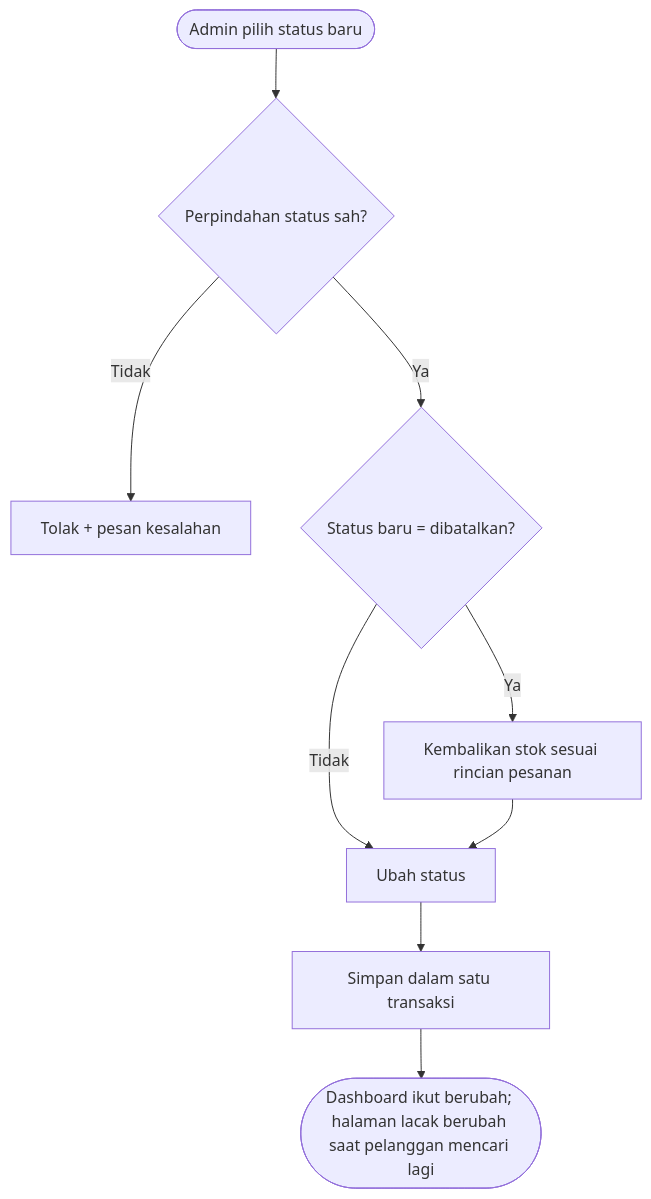
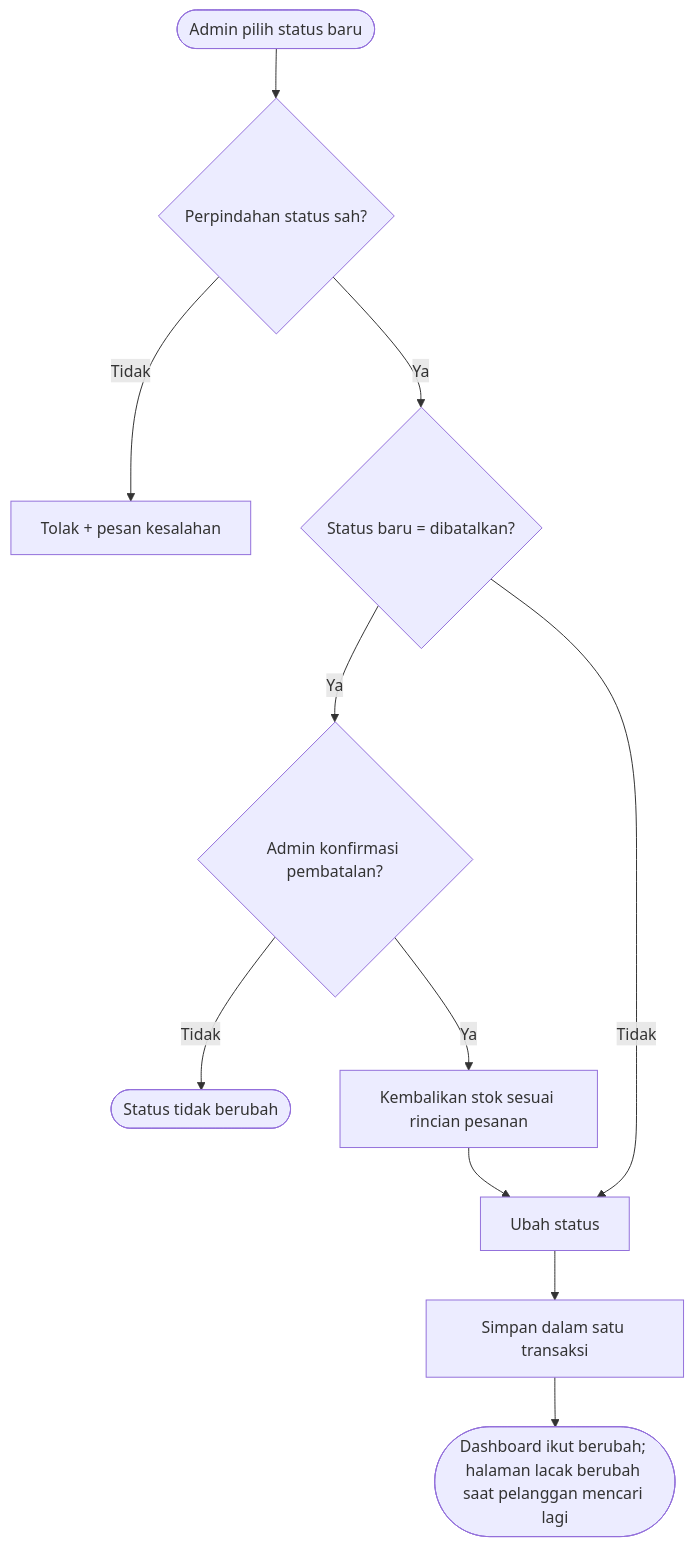
The eighth of 9 diagrams in docs/FLOWCHART.md (arikmhm/awm-fullstack), drawn with Mermaid before and after one commit. The commit also changed other lines of this file and 4 other files, not shown here.

Commit message:
docs: finalisasi PRD, ERD, flowchart, backlog & prompt log (Closes #14)

````diff
--- a/docs/FLOWCHART.md
+++ b/docs/FLOWCHART.md
@@ -178,11 +181,13 @@
 ```mermaid
 flowchart TD
     A([Admin pilih status baru]) --> B{Perpindahan status sah?}
     B -- Tidak --> X[Tolak + pesan kesalahan]
     B -- Ya --> C{Status baru = dibatalkan?}
-    C -- Ya --> D[Kembalikan stok sesuai rincian pesanan]
+    C -- Ya --> C2{Admin konfirmasi pembatalan?}
+    C2 -- Tidak --> Z([Status tidak berubah])
+    C2 -- Ya --> D[Kembalikan stok sesuai rincian pesanan]
     C -- Tidak --> E[Ubah status]
     D --> E
     E --> F[Simpan dalam satu transaksi]
     F --> G([Dashboard ikut berubah; halaman lacak berubah saat pelanggan mencari lagi])
 ```
````
